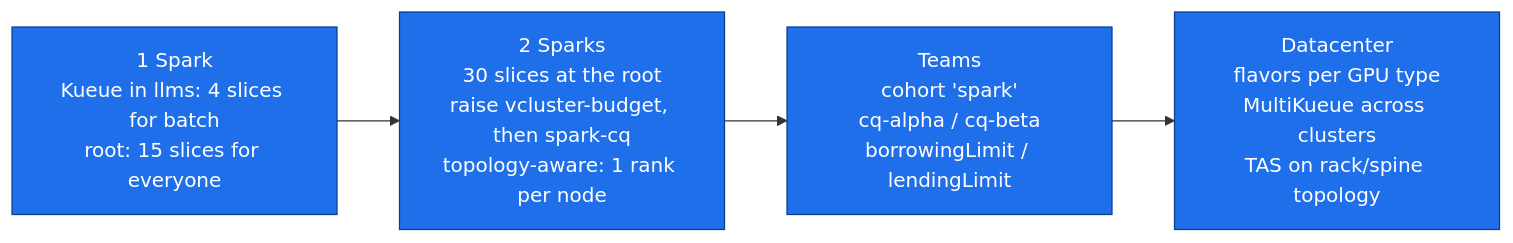
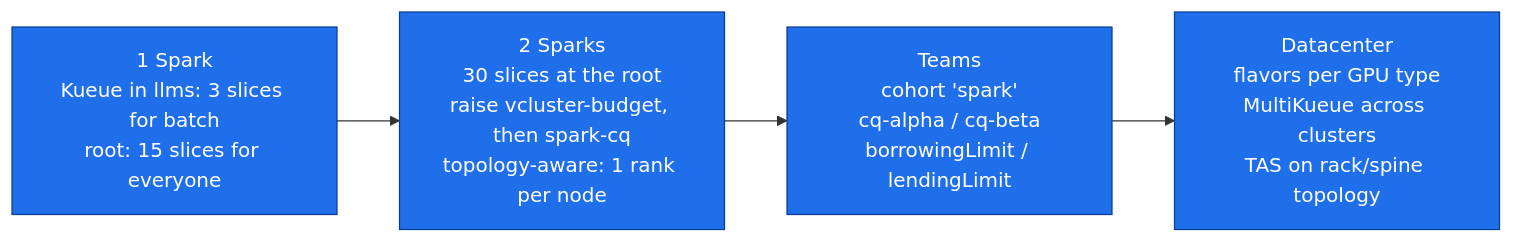
Before and after one commit to cloudone365/technical-depth: the second of 2 diagrams in 02-Kubernetes/07-kube-scheduler-and-ai-batch-scheduling.md, drawn with Mermaid. The commit also changed other lines of this file and 48 other files, not shown here.

````diff
--- a/02-Kubernetes/07-kube-scheduler-and-ai-batch-scheduling.md
+++ b/02-Kubernetes/07-kube-scheduler-and-ai-batch-scheduling.md
@@ -364,8 +364,8 @@
 ```mermaid
 flowchart LR
-  A["1 Spark<br/>Kueue in llms: 4 slices for batch<br/>root: 15 slices for everyone"] --> B["2 Sparks<br/>30 slices at the root<br/>raise vcluster-budget, then spark-cq<br/>topology-aware: 1 rank per node"]
+  A["1 Spark<br/>Kueue in llms: 3 slices for batch<br/>root: 15 slices for everyone"] --> B["2 Sparks<br/>30 slices at the root<br/>raise vcluster-budget, then spark-cq<br/>topology-aware: 1 rank per node"]
   B --> C["Teams<br/>cohort 'spark'<br/>cq-alpha / cq-beta<br/>borrowingLimit / lendingLimit"]
   C --> D["Datacenter<br/>flavors per GPU type<br/>MultiKueue across clusters<br/>TAS on rack/spine topology"]
   classDef ctrl fill:#1f6feb,stroke:#0b3d91,color:#fff
   class A,B,C,D ctrl
 ```
````
